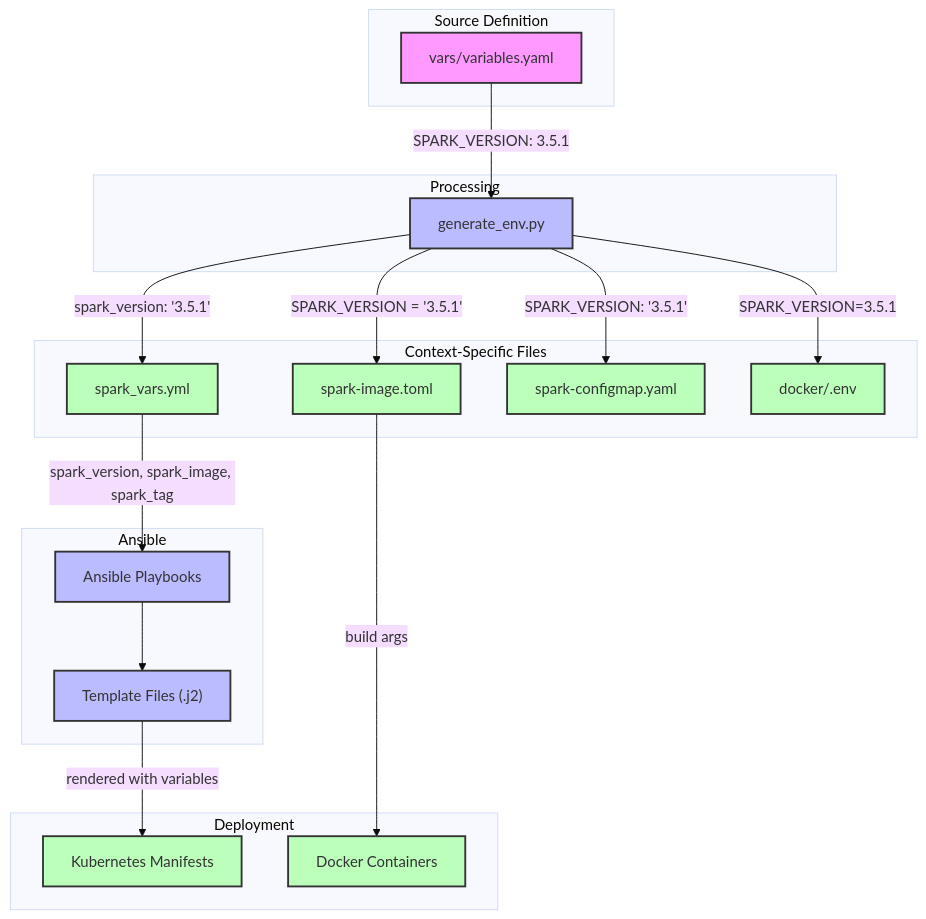
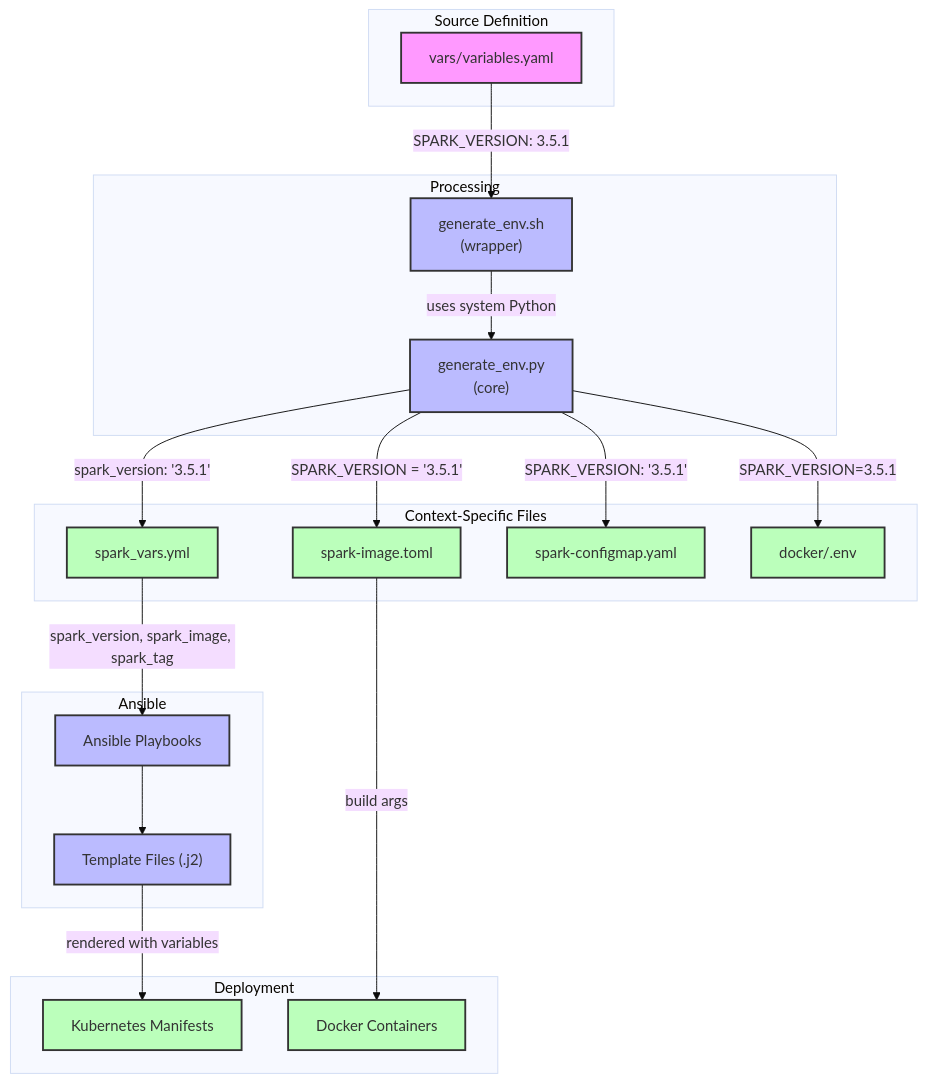
One commit to gxbrooks/spark-observability changed the diagram in docs/Variable_Flow_Diagram.md. Above: the diagram before and after it, drawn with Mermaid (base theme). The commit also changed 18 other files, not shown here.

````diff
--- a/docs/Variable_Flow_Diagram.md
+++ b/docs/Variable_Flow_Diagram.md
@@ -1,49 +1,51 @@
 ```mermaid
 flowchart TD
     subgraph "Source Definition"
         variables["vars/variables.yaml"]
     end
 
     subgraph "Processing"
-        generate_env["generate_env.py"]
+        generate_env["generate_env.sh\n(wrapper)"]
+        generate_env_py["generate_env.py\n(core)"]
     end
 
     subgraph "Context-Specific Files"
         spark_image["spark-image.toml"]
         spark_vars["spark_vars.yml"]
         spark_configmap["spark-configmap.yaml"]
         docker_env["docker/.env"]
     end
 
     subgraph "Ansible"
         playbooks["Ansible Playbooks"]
         templates["Template Files (.j2)"]
     end
 
     subgraph "Deployment"
         k8s_manifest["Kubernetes Manifests"]
         docker_container["Docker Containers"]
     end
 
     variables -->|"SPARK_VERSION: 3.5.1"| generate_env
+    generate_env -->|"uses system Python"| generate_env_py
     
-    generate_env -->|"SPARK_VERSION = '3.5.1'"| spark_image
-    generate_env -->|"spark_version: '3.5.1'"| spark_vars
-    generate_env -->|"SPARK_VERSION: '3.5.1'"| spark_configmap
-    generate_env -->|"SPARK_VERSION=3.5.1"| docker_env
+    generate_env_py -->|"SPARK_VERSION = '3.5.1'"| spark_image
+    generate_env_py -->|"spark_version: '3.5.1'"| spark_vars
+    generate_env_py -->|"SPARK_VERSION: '3.5.1'"| spark_configmap
+    generate_env_py -->|"SPARK_VERSION=3.5.1"| docker_env
     
     spark_vars -->|"spark_version, spark_image, spark_tag"| playbooks
     
     playbooks --> templates
     templates -->|"rendered with variables"| k8s_manifest
     
     spark_image -->|"build args"| docker_container
     
     classDef source fill:#f9f,stroke:#333,stroke-width:2px;
     classDef processor fill:#bbf,stroke:#333,stroke-width:2px;
     classDef output fill:#bfb,stroke:#333,stroke-width:2px;
     
     class variables source;
-    class generate_env,playbooks,templates processor;
+    class generate_env,generate_env_py,playbooks,templates processor;
     class spark_image,spark_vars,spark_configmap,docker_env,k8s_manifest,docker_container output;
 ```
````
